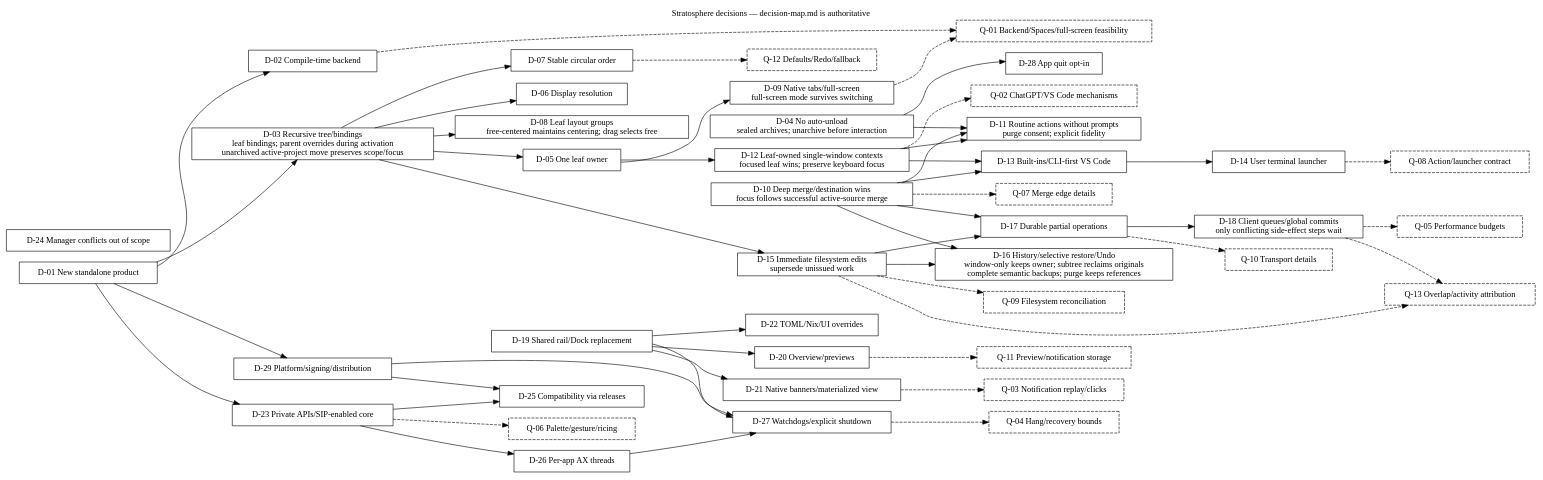
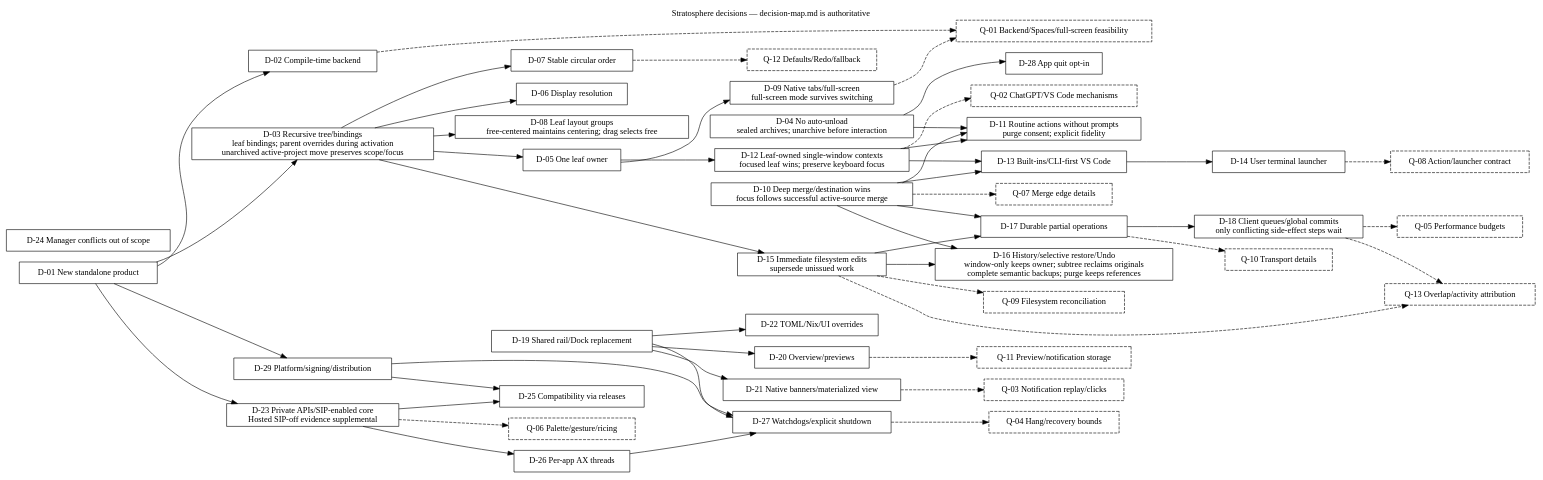
The diagram in docs/decision-map.dot (florius0/stratosphere), drawn with Graphviz before and after one commit. The commit also changed 12 other files, not shown here.

```diff
--- a/docs/decision-map.dot
+++ b/docs/decision-map.dot
@@ -1,74 +1,74 @@
 digraph Decisions {
   graph [rankdir=LR, label="Stratosphere decisions — decision-map.md is authoritative", labelloc=t];
   node [shape=box];
   D01 [label="D-01 New standalone product"];
   D02 [label="D-02 Compile-time backend"];
   D03 [label="D-03 Recursive tree/bindings\nleaf bindings; parent overrides during activation\nunarchived active-project move preserves scope/focus"];
   D04 [label="D-04 No auto-unload\nsealed archives; unarchive before interaction"];
   D05 [label="D-05 One leaf owner"];
   D06 [label="D-06 Display resolution"];
   D07 [label="D-07 Stable circular order"];
   D08 [label="D-08 Leaf layout groups\nfree-centered maintains centering; drag selects free"];
   D09 [label="D-09 Native tabs/full-screen\nfull-screen mode survives switching"];
   D10 [label="D-10 Deep merge/destination wins\nfocus follows successful active-source merge"];
   D11 [label="D-11 Routine actions without prompts\npurge consent; explicit fidelity"];
   D12 [label="D-12 Leaf-owned single-window contexts\nfocused leaf wins; preserve keyboard focus"];
   D13 [label="D-13 Built-ins/CLI-first VS Code"];
   D14 [label="D-14 User terminal launcher"];
   D15 [label="D-15 Immediate filesystem edits\nsupersede unissued work"];
   D16 [label="D-16 History/selective restore/Undo\nwindow-only keeps owner; subtree reclaims originals\ncomplete semantic backups; purge keeps references"];
   D17 [label="D-17 Durable partial operations"];
   D18 [label="D-18 Client queues/global commits\nonly conflicting side-effect steps wait"];
   D19 [label="D-19 Shared rail/Dock replacement"];
   D20 [label="D-20 Overview/previews"];
   D21 [label="D-21 Native banners/materialized view"];
   D22 [label="D-22 TOML/Nix/UI overrides"];
-  D23 [label="D-23 Private APIs/SIP-enabled core"];
+  D23 [label="D-23 Private APIs/SIP-enabled core\nHosted SIP-off evidence supplemental"];
   D24 [label="D-24 Manager conflicts out of scope"];
   D25 [label="D-25 Compatibility via releases"];
   D26 [label="D-26 Per-app AX threads"];
   D27 [label="D-27 Watchdogs/explicit shutdown"];
   D28 [label="D-28 App quit opt-in"];
   D29 [label="D-29 Platform/signing/distribution"];
   Q01 [label="Q-01 Backend/Spaces/full-screen feasibility", style=dashed];
   Q02 [label="Q-02 ChatGPT/VS Code mechanisms", style=dashed];
   Q03 [label="Q-03 Notification replay/clicks", style=dashed];
   Q04 [label="Q-04 Hang/recovery bounds", style=dashed];
   Q05 [label="Q-05 Performance budgets", style=dashed];
   Q06 [label="Q-06 Palette/gesture/ricing", style=dashed];
   Q07 [label="Q-07 Merge edge details", style=dashed];
   Q08 [label="Q-08 Action/launcher contract", style=dashed];
   Q09 [label="Q-09 Filesystem reconciliation", style=dashed];
   Q10 [label="Q-10 Transport details", style=dashed];
   Q11 [label="Q-11 Preview/notification storage", style=dashed];
   Q12 [label="Q-12 Defaults/Redo/fallback", style=dashed];
   Q13 [label="Q-13 Overlap/activity attribution", style=dashed];
   D01 -> {D02 D03 D23 D29};
   D03 -> {D05 D06 D07 D08 D15};
   D04 -> {D11 D28};
   D05 -> {D09 D12};
   D10 -> {D11 D13 D16 D17};
   D12 -> {D11 D13};
   D13 -> D14;
   D15 -> {D16 D17};
   D17 -> D18;
   D19 -> {D20 D21 D22 D27};
   D23 -> {D25 D26};
   D26 -> D27;
   D29 -> {D25 D27};
   D02 -> Q01 [style=dashed];
   D09 -> Q01 [style=dashed];
   D12 -> Q02 [style=dashed];
   D21 -> Q03 [style=dashed];
   D27 -> Q04 [style=dashed];
   D18 -> Q05 [style=dashed];
   D23 -> Q06 [style=dashed];
   D10 -> Q07 [style=dashed];
   D14 -> Q08 [style=dashed];
   D15 -> Q09 [style=dashed];
   D17 -> Q10 [style=dashed];
   D20 -> Q11 [style=dashed];
   D07 -> Q12 [style=dashed];
   D18 -> Q13 [style=dashed];
   D15 -> Q13 [style=dashed];
 }
```
